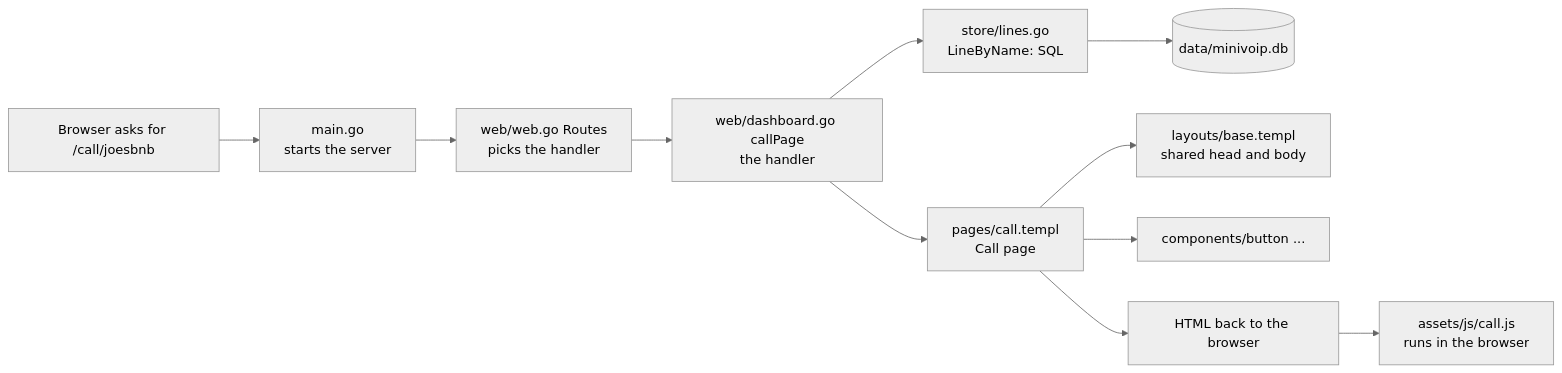
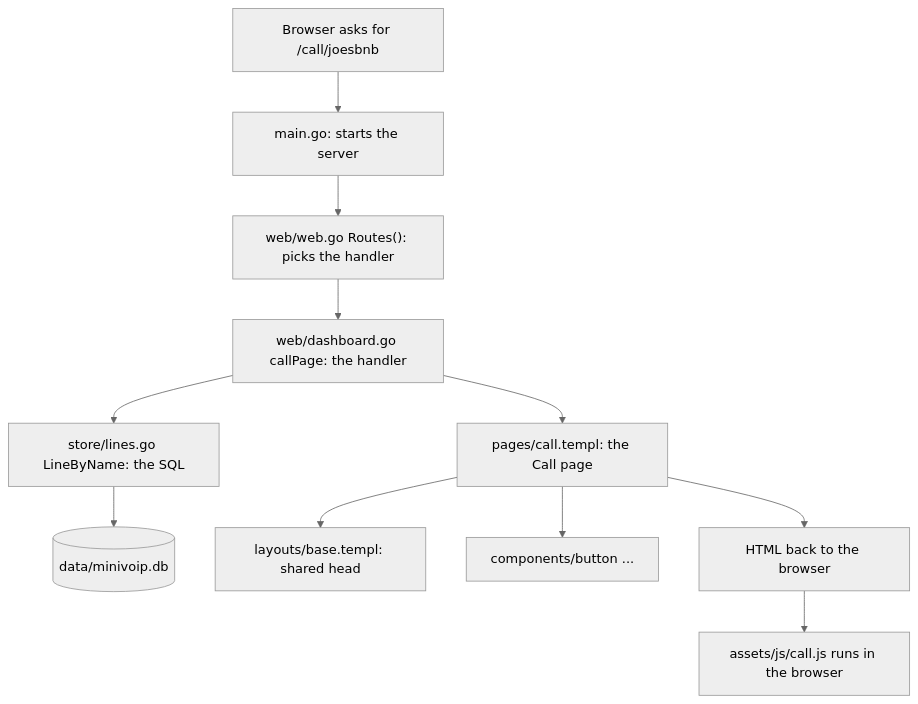
Before and after one commit to windseeker5/minivoip: the first of 2 diagrams in docs/go-for-flask-devs.md, drawn with Mermaid (neutral theme). The commit also changed other lines of this file and 13 other files, not shown here.

````diff
--- a/docs/go-for-flask-devs.md
+++ b/docs/go-for-flask-devs.md
@@ -132,13 +133,13 @@
 ```mermaid
-flowchart LR
-    B[Browser asks for /call/joesbnb] --> M[main.go<br/>starts the server]
-    M --> R[web/web.go Routes<br/>picks the handler]
-    R --> H[web/dashboard.go callPage<br/>the handler]
-    H --> S[store/lines.go<br/>LineByName: SQL]
-    S --> DB[(data/minivoip.db)]
-    H --> P[pages/call.templ<br/>Call page]
-    P --> L[layouts/base.templ<br/>shared head and body]
-    P --> C[components/button ...]
-    P --> HTML[HTML back to the browser]
-    HTML --> JS[assets/js/call.js<br/>runs in the browser]
+flowchart TD
+    B["Browser asks for /call/joesbnb"] --> M["main.go: starts the server"]
+    M --> R["web/web.go Routes(): picks the handler"]
+    R --> H["web/dashboard.go callPage: the handler"]
+    H --> S["store/lines.go LineByName: the SQL"]
+    S --> DB[("data/minivoip.db")]
+    H --> P["pages/call.templ: the Call page"]
+    P --> L["layouts/base.templ: shared head"]
+    P --> C["components/button ..."]
+    P --> HTML["HTML back to the browser"]
+    HTML --> JS["assets/js/call.js runs in the browser"]
 ```
````
